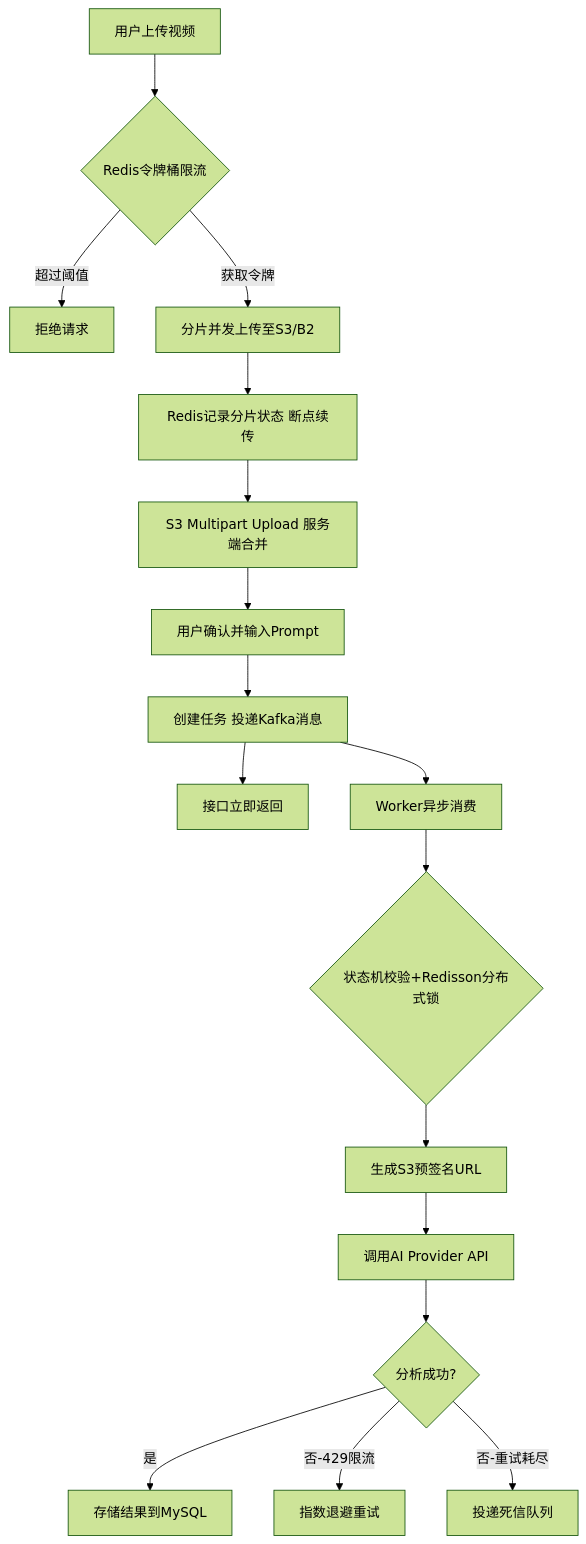
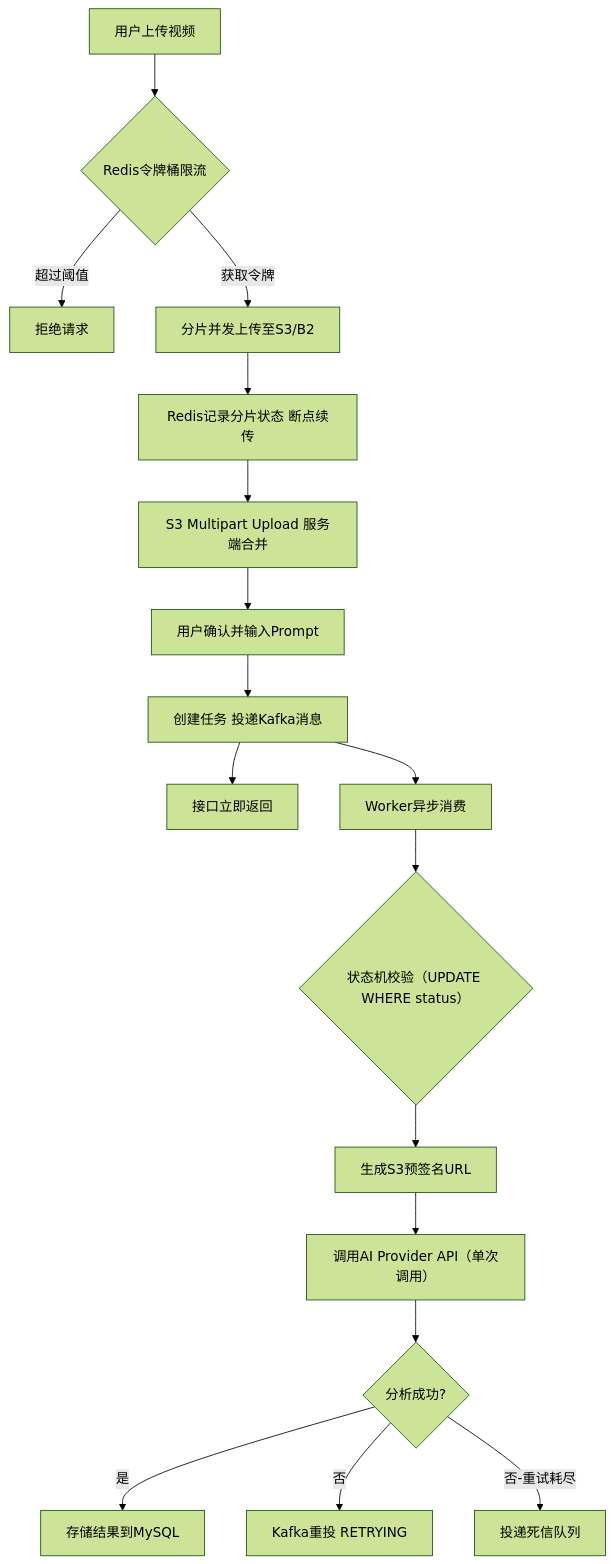
One commit to Aloys-y/video-ai-platform changed the diagram in README.md. Above: the diagram before and after it, drawn with Mermaid (forest theme). The commit also changed other lines of this file and 3 other files, not shown here.

````diff
--- a/README.md
+++ b/README.md
@@ -100,21 +100,21 @@
 ```mermaid
 graph TD
     A[用户上传视频] --> B{Redis令牌桶限流}
     B -- 超过阈值 --> C[拒绝请求]
     B -- 获取令牌 --> D[分片并发上传至S3/B2]
     D --> E[Redis记录分片状态 断点续传]
     E --> F[S3 Multipart Upload 服务端合并]
 
     F --> G[用户确认并输入Prompt]
     G --> H[创建任务 投递Kafka消息]
     H --> I[接口立即返回]
 
     H --> J[Worker异步消费]
-    J --> K{状态机校验+Redisson分布式锁}
+    J --> K{状态机校验（UPDATE WHERE status）}
     K --> L[生成S3预签名URL]
-    L --> M[调用AI Provider API]
+    L --> M[调用AI Provider API（单次调用）]
     M --> N{分析成功?}
     N -- 是 --> O[存储结果到MySQL]
-    N -- 否-429限流 --> P[指数退避重试]
+    N -- 否 --> P[Kafka重投 RETRYING]
     N -- 否-重试耗尽 --> Q[投递死信队列]
 ```
````
